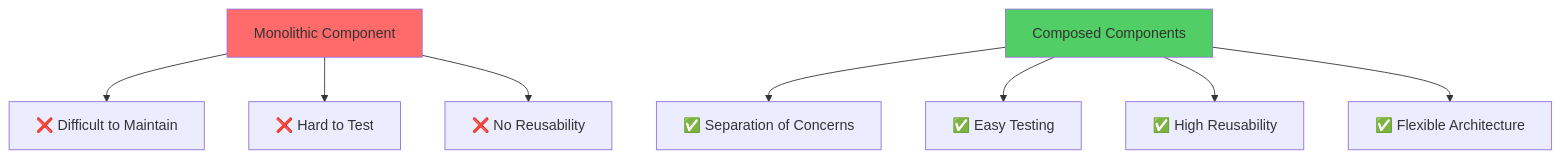
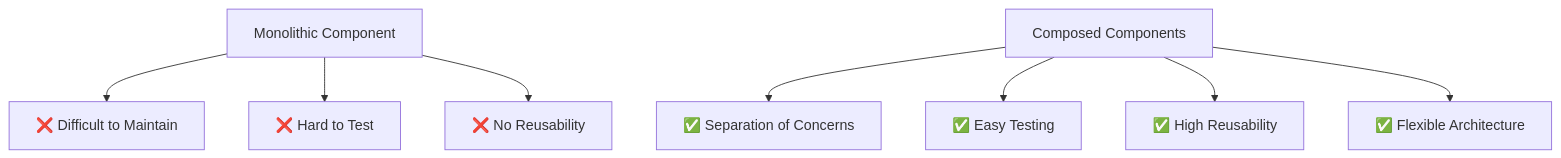
The first of 12 diagrams in arguments/chapters/03-component-patterns-best-practices.md (BabaScience/react-guides), drawn with Mermaid before and after one commit. The commit also changed other lines of this file and 29 other files, not shown here.

First line of the commit message:
Bring React FR/IT translations to full English parity + theme-safe diagrams

````diff
--- a/arguments/chapters/03-component-patterns-best-practices.md
+++ b/arguments/chapters/03-component-patterns-best-practices.md
@@ -28,14 +28,12 @@
 ```mermaid
 graph TD
     A[Monolithic Component] --> B[❌ Difficult to Maintain]
     A --> C[❌ Hard to Test]
     A --> D[❌ No Reusability]
     
     E[Composed Components] --> F[✅ Separation of Concerns]
     E --> G[✅ Easy Testing]
     E --> H[✅ High Reusability]
     E --> I[✅ Flexible Architecture]
     
-    style A fill:#ff6b6b
-    style E fill:#51cf66
 ```
````
